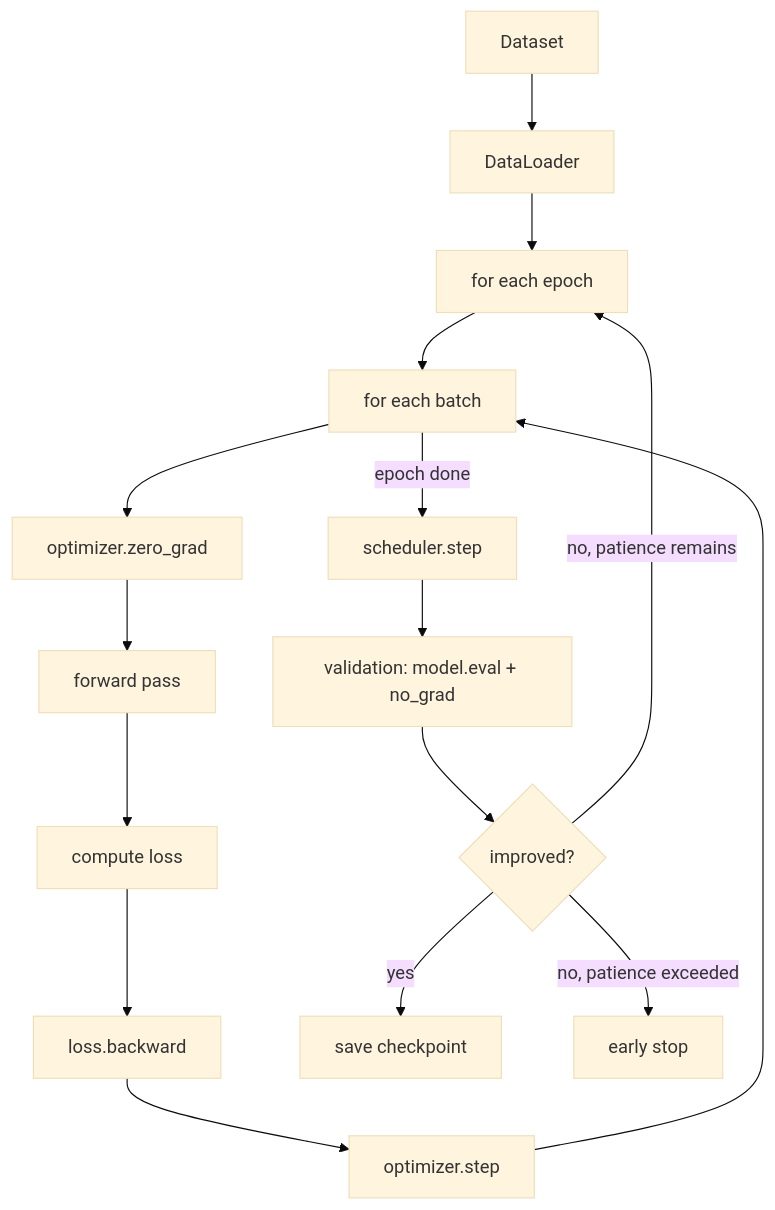
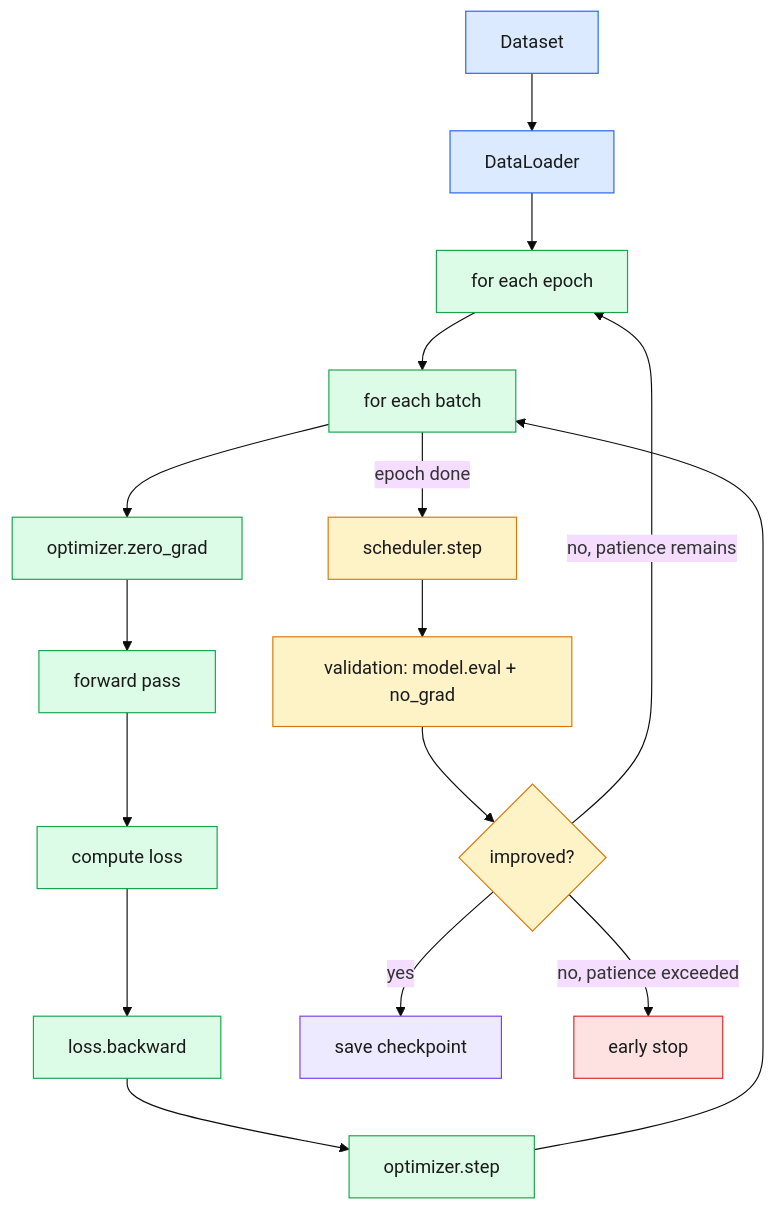
One commit to bhanu-prakash12/ai-ml-engineer-fundamentals changed the first of 2 diagrams in day03_deep_learning/22_pytorch_training/README.md. Above: the diagram before and after it, drawn with Mermaid (base theme). The commit also changed other lines of this file and 68 other files, not shown here.

````diff
--- a/day03_deep_learning/22_pytorch_training/README.md
+++ b/day03_deep_learning/22_pytorch_training/README.md
@@ -48,18 +81,28 @@
 ```mermaid
 flowchart TD
-  A[Dataset] --> B[DataLoader]
-  B --> C[for each epoch]
-  C --> D[for each batch]
-  D --> E[optimizer.zero_grad]
-  E --> F[forward pass]
-  F --> G[compute loss]
-  G --> H[loss.backward]
-  H --> I[optimizer.step]
+  A["Dataset"] --> B["DataLoader"]
+  B --> C["for each epoch"]
+  C --> D["for each batch"]
+  D --> E["optimizer.zero_grad"]
+  E --> F["forward pass"]
+  F --> G["compute loss"]
+  G --> H["loss.backward"]
+  H --> I["optimizer.step"]
   I --> D
-  D -->|epoch done| J[scheduler.step]
-  J --> K[validation: model.eval + no_grad]
-  K --> L{improved?}
-  L -->|yes| M[save checkpoint]
-  L -->|no, patience exceeded| N[early stop]
-  L -->|no, patience remains| C
+  D -->|"epoch done"| J["scheduler.step"]
+  J --> K["validation: model.eval + no_grad"]
+  K --> L{"improved?"}
+  L -->|"yes"| M["save checkpoint"]
+  L -->|"no, patience exceeded"| N["early stop"]
+  L -->|"no, patience remains"| C
+  classDef data fill:#DBEAFE,stroke:#2563EB,color:#1a1a1a;
+  classDef loop fill:#DCFCE7,stroke:#16A34A,color:#1a1a1a;
+  classDef val fill:#FEF3C7,stroke:#D97706,color:#1a1a1a;
+  classDef good fill:#EDE9FE,stroke:#7C3AED,color:#1a1a1a;
+  classDef stop fill:#FEE2E2,stroke:#DC2626,color:#1a1a1a;
+  class A,B data;
+  class C,D,E,F,G,H,I loop;
+  class J,K,L val;
+  class M good;
+  class N stop;
 ```
````
